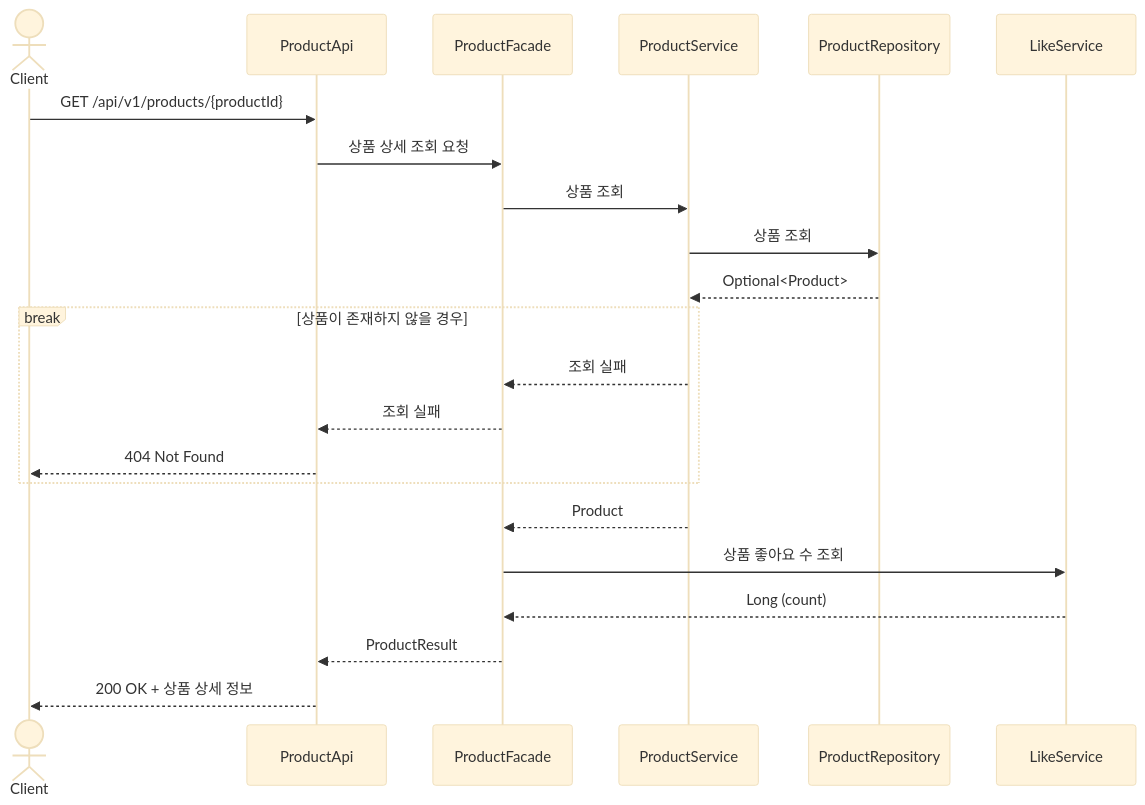
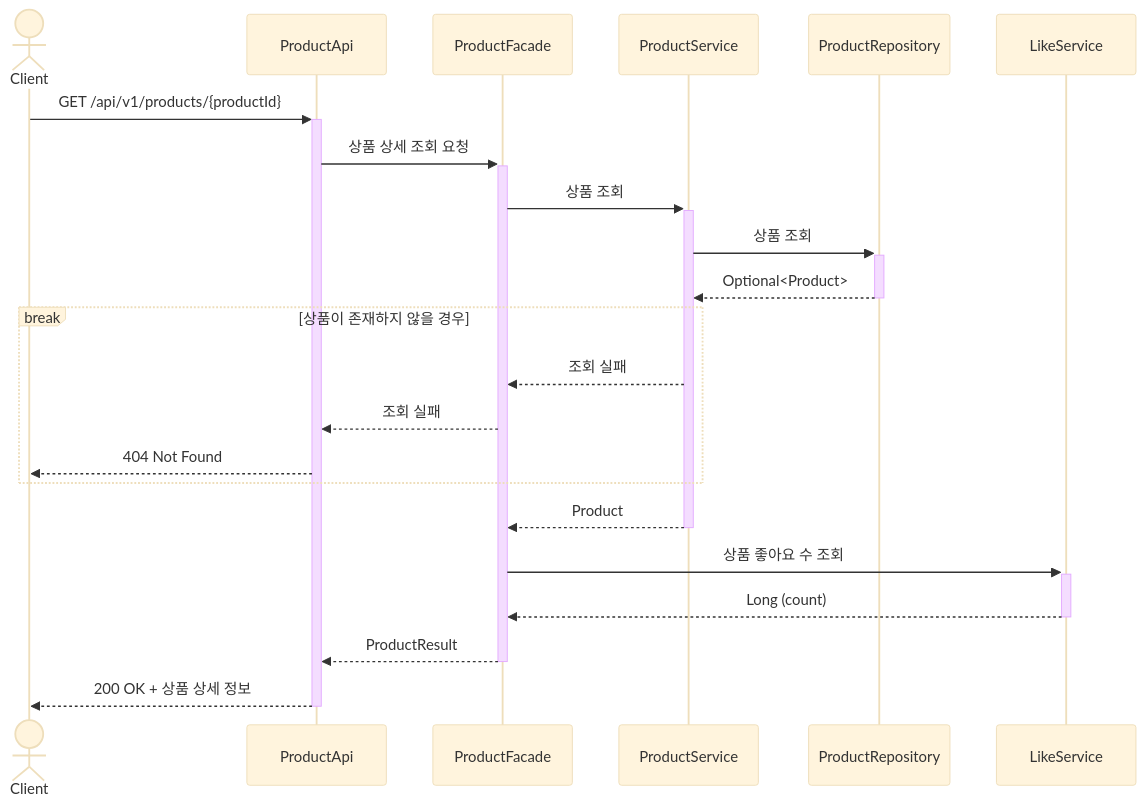
Diagram 15 of 23 in .docs/design/02-sequence-diagrams.md (Loopers-dev-lab/loop-pack-be-l2-vol3-java), drawn with Mermaid (base theme) before and after one commit. The commit also changed other lines of this file, not shown here.

Commit message:
docs: 시퀀스 다이어그램에 액티베이션바 추가

````diff
--- a/.docs/design/02-sequence-diagrams.md
+++ b/.docs/design/02-sequence-diagrams.md
@@ -525,29 +529,29 @@
 ```mermaid
 sequenceDiagram
     actor Client
     participant ProductApi
     participant ProductFacade
     participant ProductService
     participant ProductRepository
     participant LikeService
 
-    Client ->> ProductApi: GET /api/v1/products/{productId}
-    ProductApi ->> ProductFacade: 상품 상세 조회 요청
-    ProductFacade ->> ProductService: 상품 조회
-    ProductService ->> ProductRepository: 상품 조회
-    ProductRepository -->> ProductService: Optional<Product>
+    Client ->>+ ProductApi: GET /api/v1/products/{productId}
+    ProductApi ->>+ ProductFacade: 상품 상세 조회 요청
+    ProductFacade ->>+ ProductService: 상품 조회
+    ProductService ->>+ ProductRepository: 상품 조회
+    ProductRepository -->>- ProductService: Optional<Product>
 
     break 상품이 존재하지 않을 경우
         ProductService -->> ProductFacade: 조회 실패
         ProductFacade -->> ProductApi: 조회 실패
         ProductApi -->> Client: 404 Not Found
     end
 
-    ProductService -->> ProductFacade: Product
+    ProductService -->>- ProductFacade: Product
 
-    ProductFacade ->> LikeService: 상품 좋아요 수 조회
-    LikeService -->> ProductFacade: Long (count)
+    ProductFacade ->>+ LikeService: 상품 좋아요 수 조회
+    LikeService -->>- ProductFacade: Long (count)
 
-    ProductFacade -->> ProductApi: ProductResult
-    ProductApi -->> Client: 200 OK + 상품 상세 정보
+    ProductFacade -->>- ProductApi: ProductResult
+    ProductApi -->>- Client: 200 OK + 상품 상세 정보
 ```
````
